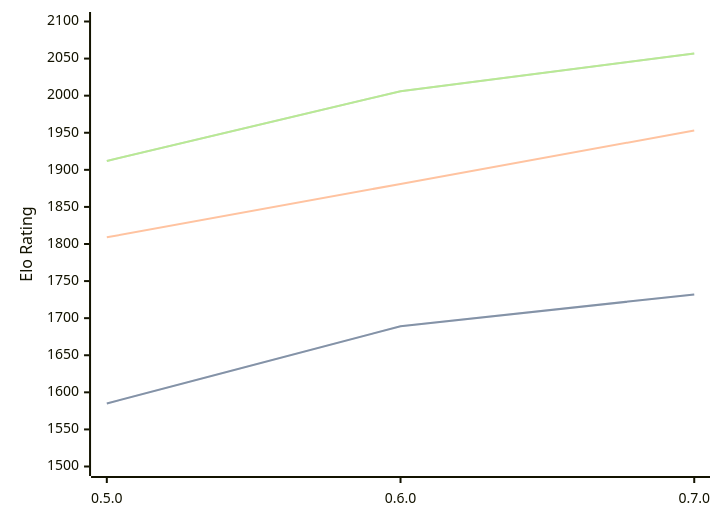
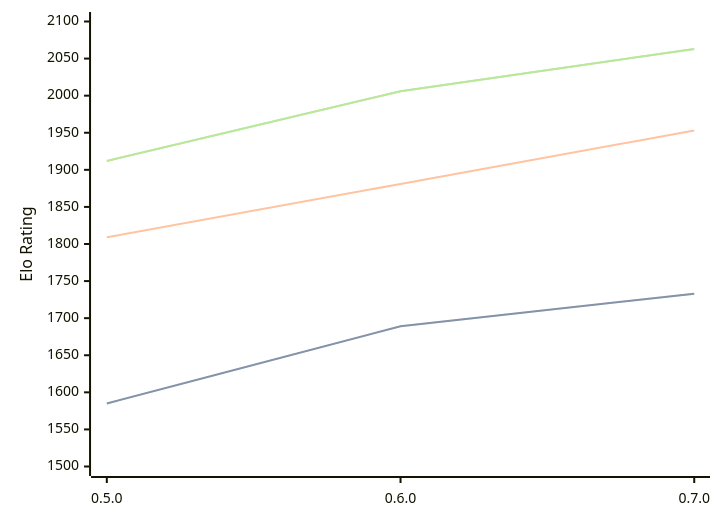
Before and after one commit to computer-chess-index/cci: the diagram in engines/Chess-rs.md, drawn with Mermaid. The commit also changed other lines of this file, not shown here.

Commit message:
Update CCI Ratings (ELO VLTC) - 2026-03-25

````diff
--- a/engines/Chess-rs.md
+++ b/engines/Chess-rs.md
@@ -41,11 +41,11 @@
 ```mermaid
 %%{init: {"theme":"base","themeVariables":{"seriesColors:['#a3a3a3','#222221','#faa371']}}}%%
 xychart-beta
   x-axis ["0.5.0", "0.6.0", "0.7.0"]
   y-axis "Elo Rating" 1500 --> 2100
-  line "STC (8.0+0.08s)" [1585, 1689, 1732]
-  line "STC (8.0+0.08s)" [1585, 1689, 1732]
+  line "STC (8.0+0.08s)" [1585, 1689, 1733]
+  line "STC (8.0+0.08s)" [1585, 1689, 1733]
   line "LTC (60.0+0.60s)" [1809, 1881, 1953]
-  line "VLTC (2m24s+1.12s)" [1912, 2006, 2057]
-  line "VLTC (2m24s+1.12s)" [1912, 2006, 2057]
+  line "VLTC (2m24s+1.12s)" [1912, 2006, 2063]
+  line "VLTC (2m24s+1.12s)" [1912, 2006, 2063]
 ```
````
